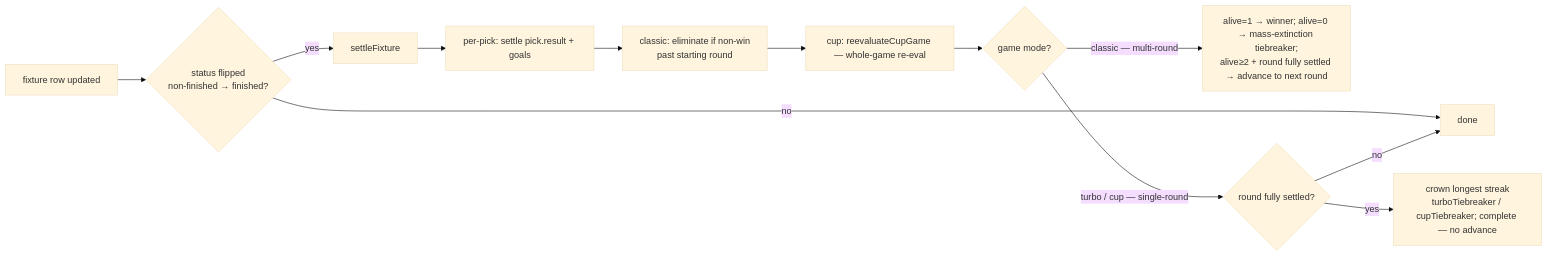
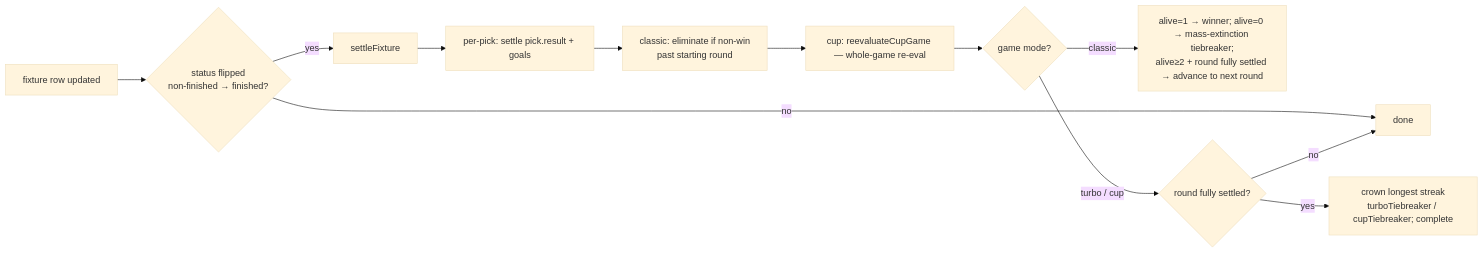
One commit to lennons301/last-person-standing changed the first of 4 diagrams in docs/game-modes/README.md. Above: the diagram before and after it, drawn with Mermaid (base theme). The commit also changed other lines of this file and 3 other files, not shown here.

````diff
--- a/docs/game-modes/README.md
+++ b/docs/game-modes/README.md
@@ -21,14 +27,14 @@
 ```mermaid
 flowchart LR
     A[fixture row updated] --> B{status flipped<br/>non-finished → finished?}
     B -->|no| Z[done]
     B -->|yes| C[settleFixture]
     C --> D[per-pick: settle pick.result + goals]
     D --> E[classic: eliminate if non-win<br/>past starting round]
     E --> F[cup: reevaluateCupGame — whole-game re-eval]
     F --> G{game mode?}
-    G -->|classic — multi-round| Gc[alive=1 → winner; alive=0 → mass-extinction tiebreaker;<br/>alive≥2 + round fully settled → advance to next round]
-    G -->|turbo / cup — single-round| J{round fully settled?}
-    J -->|yes| K[crown longest streak<br/>turboTiebreaker / cupTiebreaker; complete — no advance]
+    G -->|classic| Gc[alive=1 → winner; alive=0 → mass-extinction tiebreaker;<br/>alive≥2 + round fully settled → advance to next round]
+    G -->|turbo / cup| J{round fully settled?}
+    J -->|yes| K[crown longest streak<br/>turboTiebreaker / cupTiebreaker; complete]
     J -->|no| Z
 ```
````
